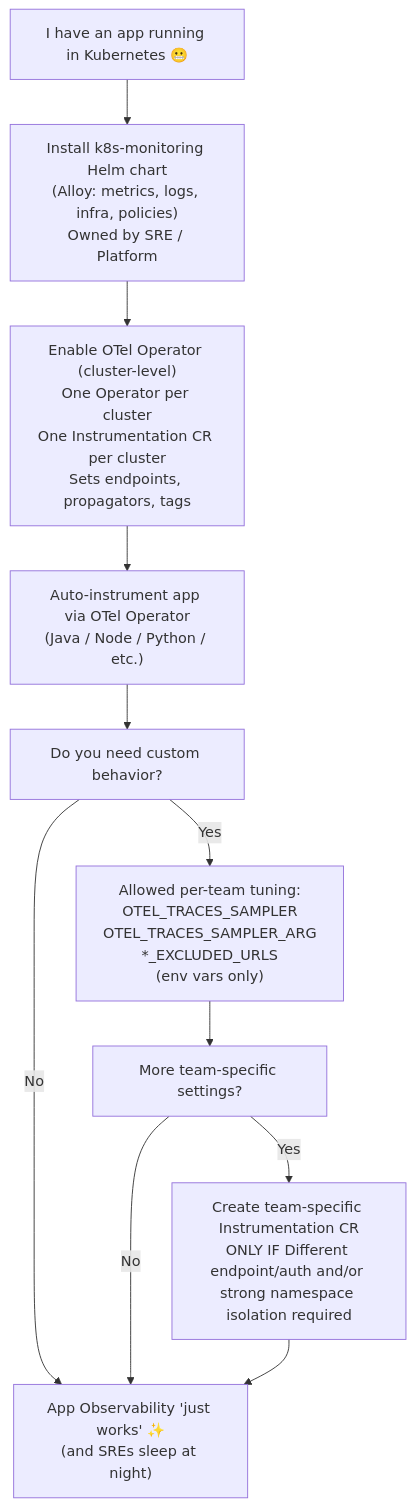
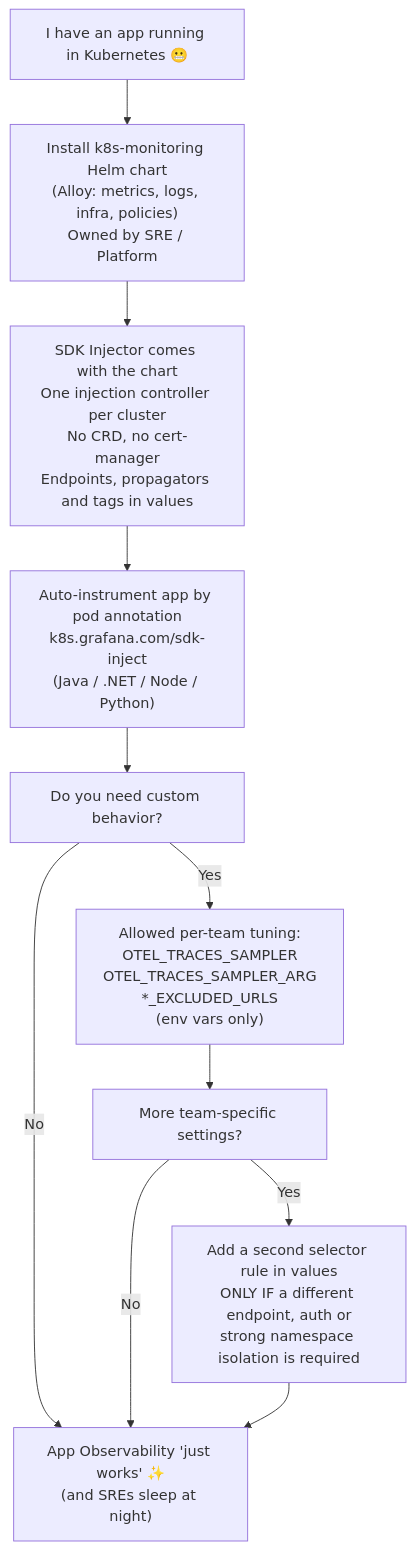
The diagram in README.md (grafana-ps/lab-app-o11y), drawn with Mermaid before and after one commit. The commit also changed other lines of this file and 15 other files, not shown here.

Commit message:
migrate to beyla sdk injection

````diff
--- a/README.md
+++ b/README.md
@@ -39,23 +39,23 @@
 ``` mermaid
 flowchart TD
     A["I have an app running in Kubernetes 😬"]
     B["Install k8s-monitoring Helm chart<br/>(Alloy: metrics, logs, infra, policies)<br/>Owned by SRE / Platform"]
-    C["Enable OTel Operator (cluster-level)<br/>One Operator per cluster<br/>One Instrumentation CR per cluster<br/>Sets endpoints, propagators, tags"]
-    D["Auto-instrument app via OTel Operator<br/>(Java / Node / Python / etc.)"]
+    C["SDK Injector comes with the chart<br/>One injection controller per cluster<br/>No CRD, no cert-manager<br/>Endpoints, propagators and tags in values"]
+    D["Auto-instrument app by pod annotation<br/>k8s.grafana.com/sdk-inject<br/>(Java / .NET / Node / Python)"]
     E["Do you need custom behavior?"]
     F["Allowed per-team tuning:<br/>OTEL_TRACES_SAMPLER<br/>OTEL_TRACES_SAMPLER_ARG<br/>*_EXCLUDED_URLS<br/>(env vars only)"]
     G["More team-specific settings?"]
-    H["Create team-specific Instrumentation CR<br/>ONLY IF Different endpoint/auth and/or strong namespace isolation required"]
+    H["Add a second selector rule in values<br/>ONLY IF a different endpoint, auth or<br/>strong namespace isolation is required"]
     I["App Observability 'just works' ✨<br/>(and SREs sleep at night)"]
 
     A --> B
     B --> C
     C --> D
     D --> E
     E -- No --> I
     E -- Yes --> F
     F --> G
     G -- No --> I
     G -- Yes --> H
     H --> I
 ```
````
